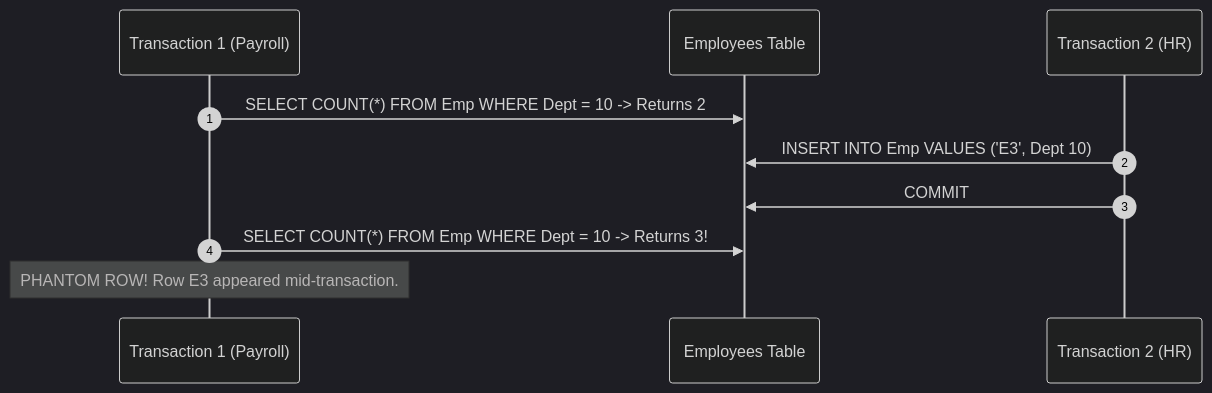
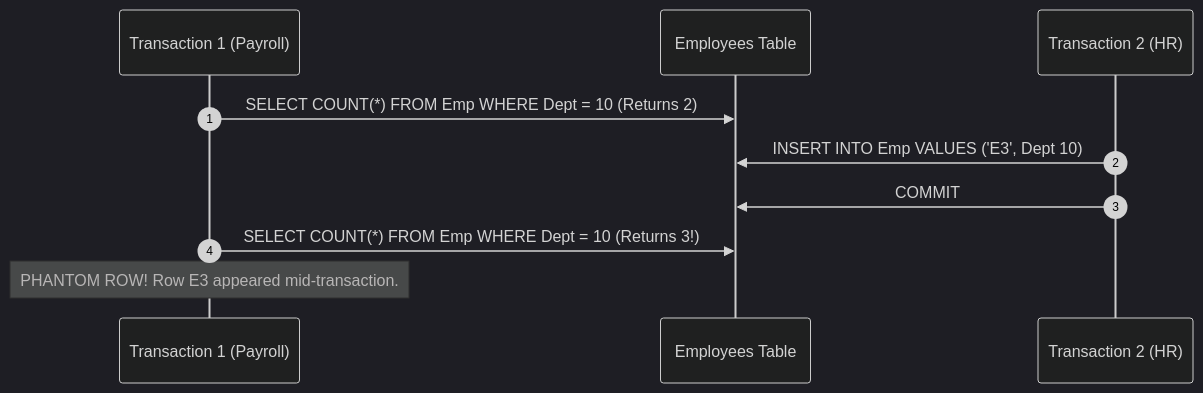
Before and after one commit to rohithgowda18/Notes: the seventh of 18 diagrams in 02-DBMS/Transactions-and-Concurrency-Control.md, drawn with Mermaid (dark theme). The commit also changed other lines of this file and 4 other files, not shown here.

````diff
--- a/02-DBMS/Transactions-and-Concurrency-Control.md
+++ b/02-DBMS/Transactions-and-Concurrency-Control.md
@@ -227,13 +227,13 @@
 ```mermaid
 sequenceDiagram
     autonumber
     participant T1 as Transaction 1 (Payroll)
     participant DB as Employees Table
     participant T2 as Transaction 2 (HR)
 
-    T1->>DB: SELECT COUNT(*) FROM Emp WHERE Dept = 10 -> Returns 2
+    T1->>DB: SELECT COUNT(*) FROM Emp WHERE Dept = 10 (Returns 2)
     T2->>DB: INSERT INTO Emp VALUES ('E3', Dept 10)
     T2->>DB: COMMIT
-    T1->>DB: SELECT COUNT(*) FROM Emp WHERE Dept = 10 -> Returns 3!
+    T1->>DB: SELECT COUNT(*) FROM Emp WHERE Dept = 10 (Returns 3!)
     Note over T1: PHANTOM ROW! Row E3 appeared mid-transaction.
 ```
````
